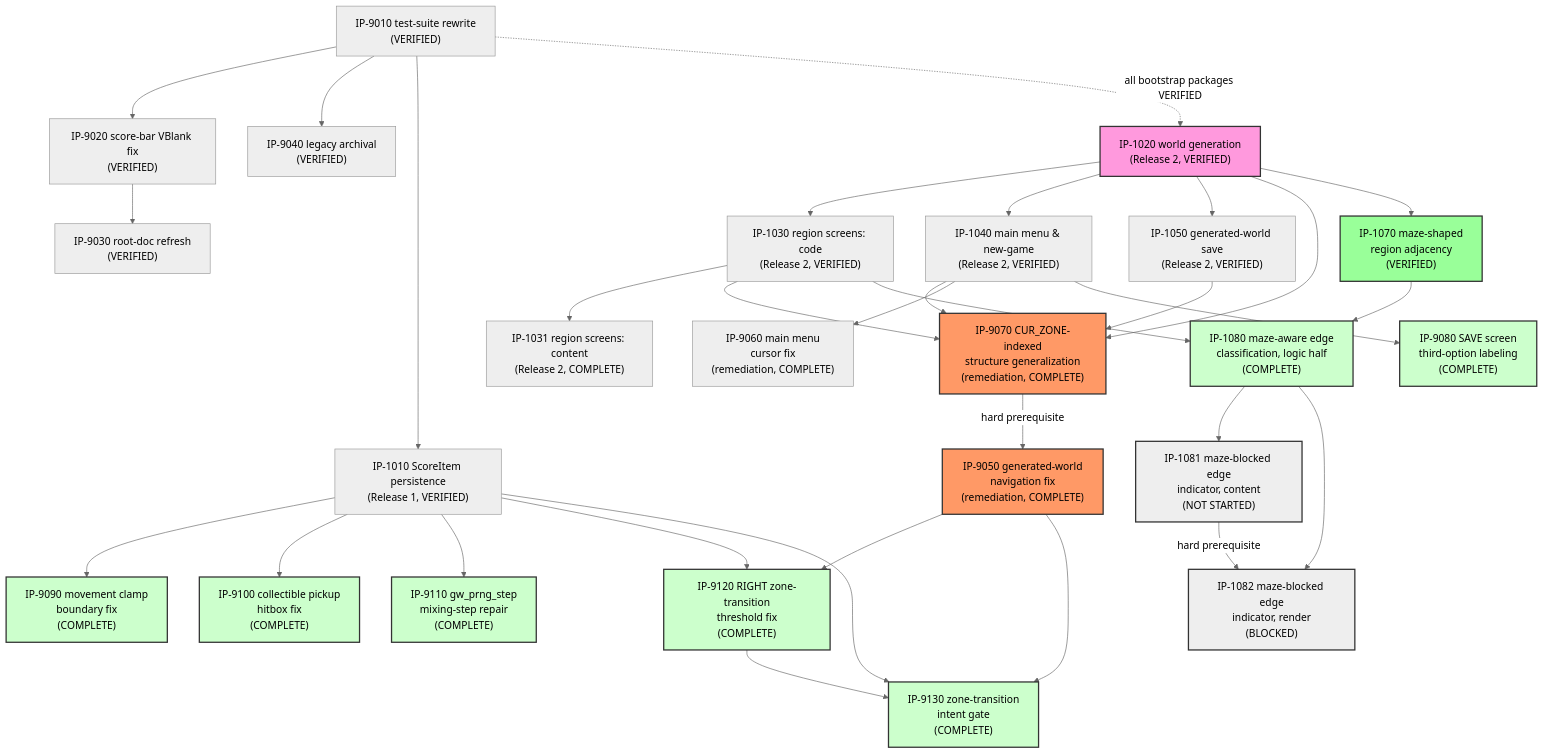
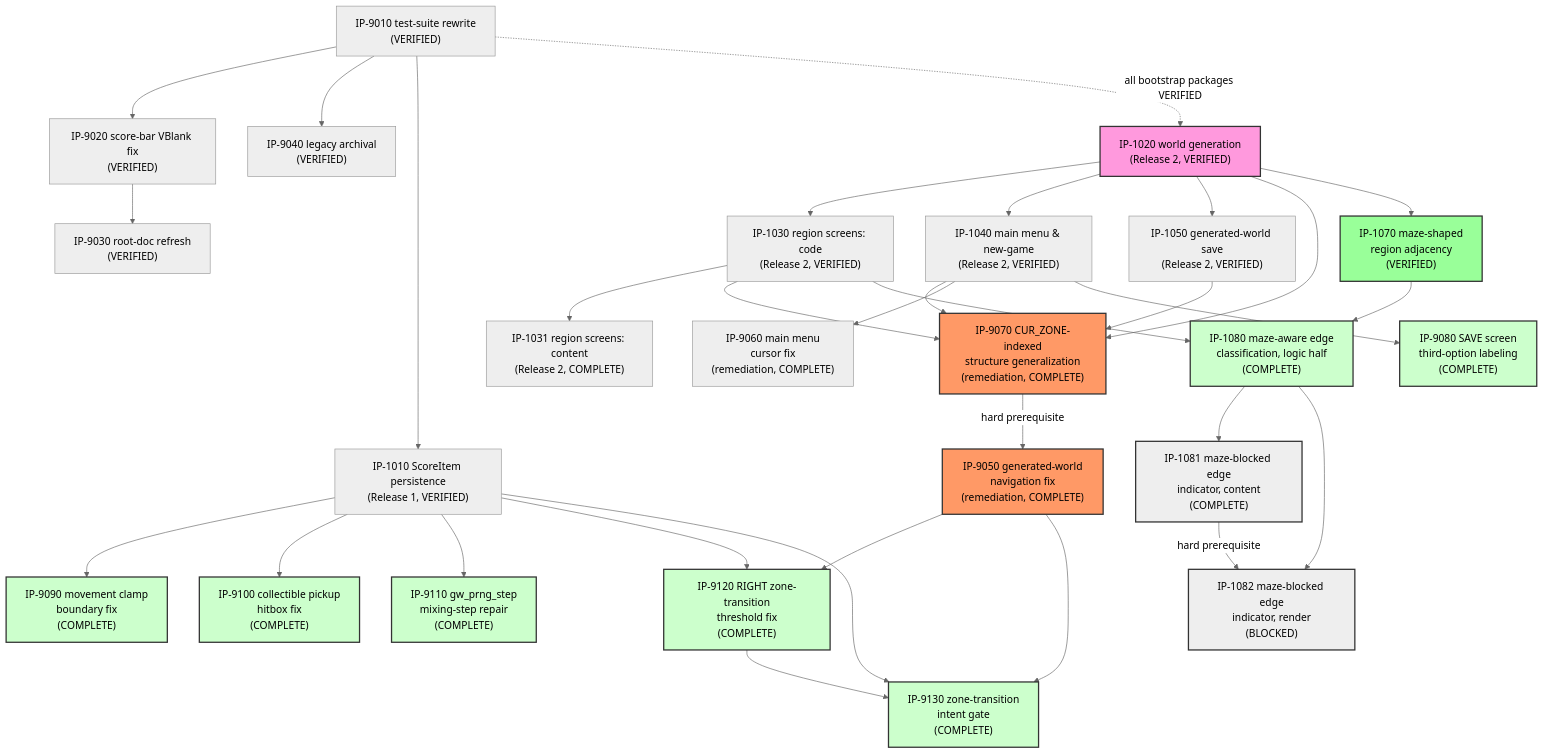
One commit to Zabin/RsGame changed the diagram in docs/implementation/00-master-build-plan.md. Above: the diagram before and after it, drawn with Mermaid (neutral theme). The commit also changed other lines of this file and 8 other files, not shown here.

First line of the commit message:
feat(content): IP-1081 -- maze-blocked edge indicator tile art

```diff
--- a/docs/implementation/00-master-build-plan.md
+++ b/docs/implementation/00-master-build-plan.md
@@ -293,7 +293,7 @@
 
     style IP9130 fill:#cfc,stroke:#333,stroke-width:2px
 
-    IP1081["IP-1081 maze-blocked edge<br/>indicator, content<br/>(NOT STARTED)"]
+    IP1081["IP-1081 maze-blocked edge<br/>indicator, content<br/>(COMPLETE)"]
     IP1082["IP-1082 maze-blocked edge<br/>indicator, render<br/>(BLOCKED)"]
     IP1080 --> IP1081
     IP1081 -->|hard prerequisite| IP1082
```
